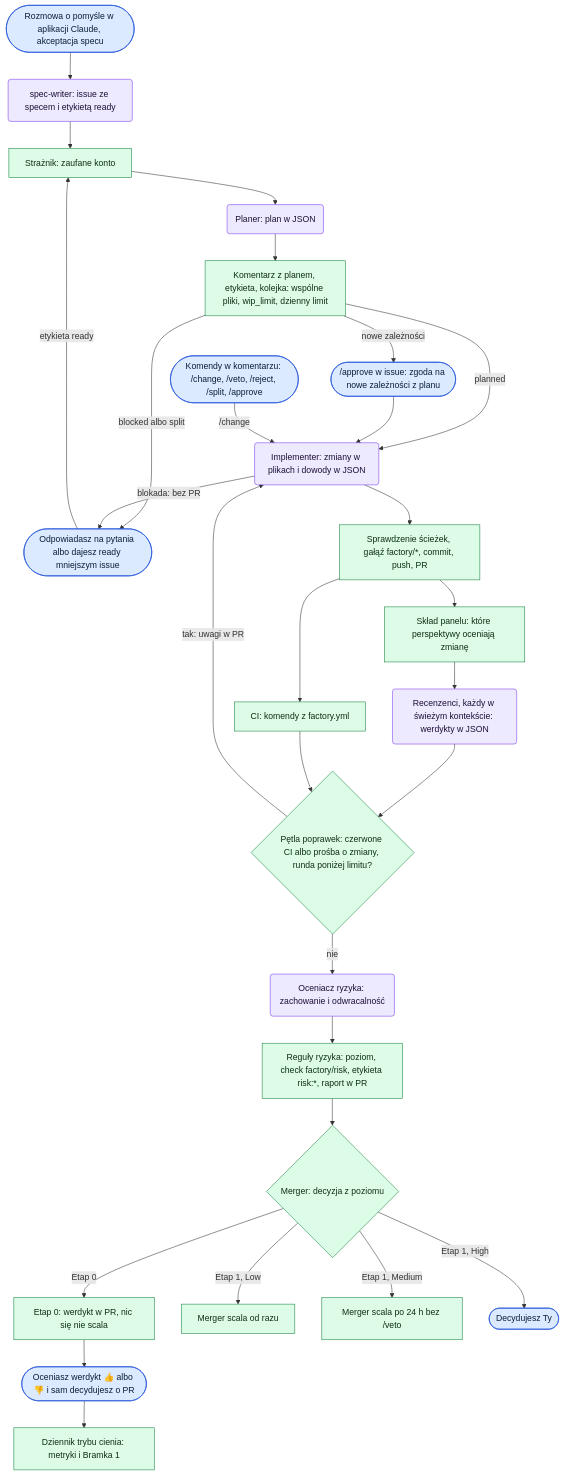
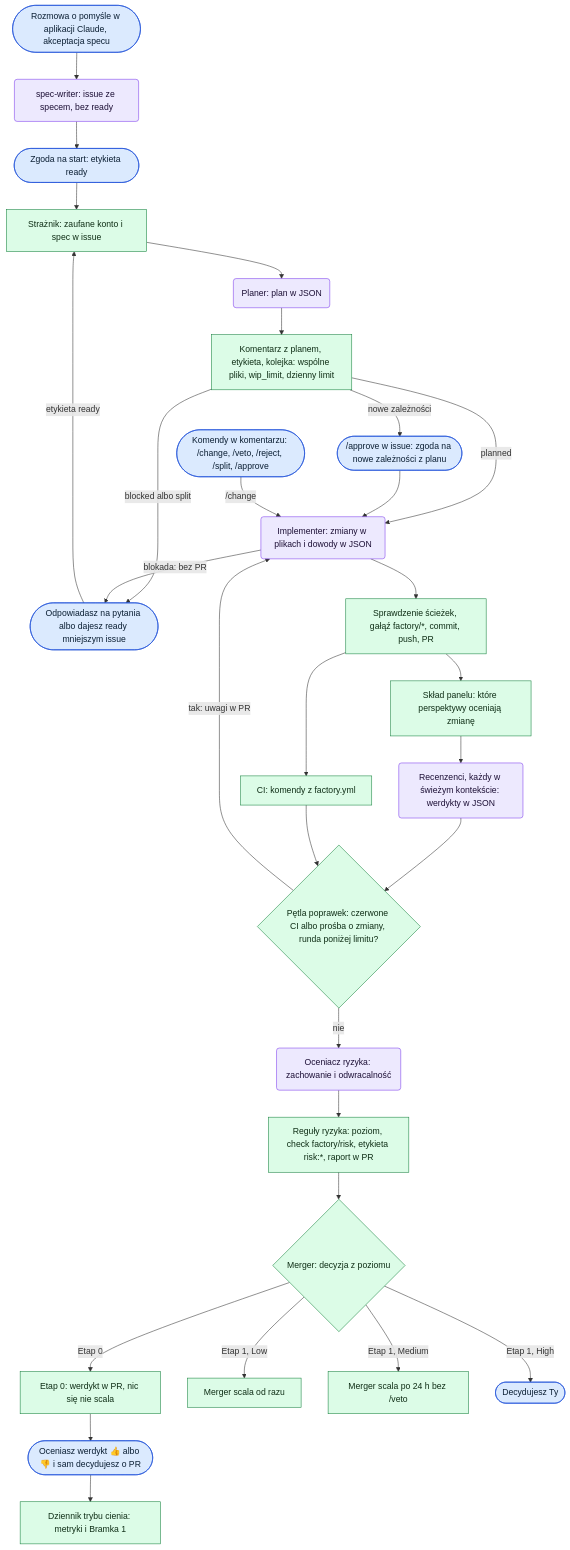
One commit to gibkigonzo/factory changed the diagram in README.md. Above: the diagram before and after it, drawn with Mermaid. The commit also changed other lines of this file and 7 other files, not shown here.

First line of the commit message:
Taśmę uruchamia właściciel: notatka albo spec, issue bez ready, strażnicy specu i /split

````diff
--- a/README.md
+++ b/README.md
@@ -128,48 +128,49 @@
 ```mermaid
 flowchart TD
   H1(["Rozmowa o pomyśle w aplikacji Claude, akceptacja specu"]):::human
-  A1("spec-writer: issue ze specem i etykietą ready"):::agent
-  S1["Strażnik: zaufane konto"]:::script
+  A1("spec-writer: issue ze specem, bez ready"):::agent
+  H0(["Zgoda na start: etykieta ready"]):::human
+  S1["Strażnik: zaufane konto i spec w issue"]:::script
   A2("Planer: plan w JSON"):::agent
   S2["Komentarz z planem, etykieta, kolejka: wspólne pliki, wip_limit, dzienny limit"]:::script
   H2(["Odpowiadasz na pytania albo dajesz ready mniejszym issue"]):::human
   A3("Implementer: zmiany w plikach i dowody w JSON"):::agent
   S3["Sprawdzenie ścieżek, gałąź factory/*, commit, push, PR"]:::script
   S4["CI: komendy z factory.yml"]:::script
   S5["Skład panelu: które perspektywy oceniają zmianę"]:::script
   A4("Recenzenci, każdy w świeżym kontekście: werdykty w JSON"):::agent
   A5("Oceniacz ryzyka: zachowanie i odwracalność"):::agent
   S6["Reguły ryzyka: poziom, check factory/risk, etykieta risk:*, raport w PR"]:::script
   D{"Merger: decyzja z poziomu"}:::script
   S7["Etap 0: werdykt w PR, nic się nie scala"]:::script
   H3(["Oceniasz werdykt 👍 albo 👎 i sam decydujesz o PR"]):::human
   S8["Dziennik trybu cienia: metryki i Bramka 1"]:::script
   M1["Merger scala od razu"]:::script
   M2["Merger scala po 24 h bez /veto"]:::script
   H4(["Decydujesz Ty"]):::human
   H5(["Komendy w komentarzu: /change, /veto, /reject, /split, /approve"]):::human
   H6(["/approve w issue: zgoda na nowe zależności z planu"]):::human
   L{"Pętla poprawek: czerwone CI albo prośba o zmiany, runda poniżej limitu?"}:::script
 
-  H1 --> A1 --> S1 --> A2 --> S2
+  H1 --> A1 --> H0 --> S1 --> A2 --> S2
   S2 -->|"blocked albo split"| H2
   H2 -->|"etykieta ready"| S1
   S2 -->|"planned"| A3 --> S3
   S2 -->|"nowe zależności"| H6 --> A3
   A3 -->|"blokada: bez PR"| H2
   S3 --> S4 & S5
   S5 --> A4 --> L
   S4 --> L
   L -->|"tak: uwagi w PR"| A3
   L -->|"nie"| A5 --> S6
   S6 --> D
   D -->|"Etap 0"| S7 --> H3 --> S8
   D -->|"Etap 1, Low"| M1
   D -->|"Etap 1, Medium"| M2
   D -->|"Etap 1, High"| H4
   H5 -->|"/change"| A3
 
   classDef human fill:#dbeafe,stroke:#1d4ed8,color:#0b1f33
   classDef agent fill:#ede9fe,stroke:#7c3aed,color:#1d1036
   classDef script fill:#dcfce7,stroke:#15803d,color:#0f2e16
 ```
````
